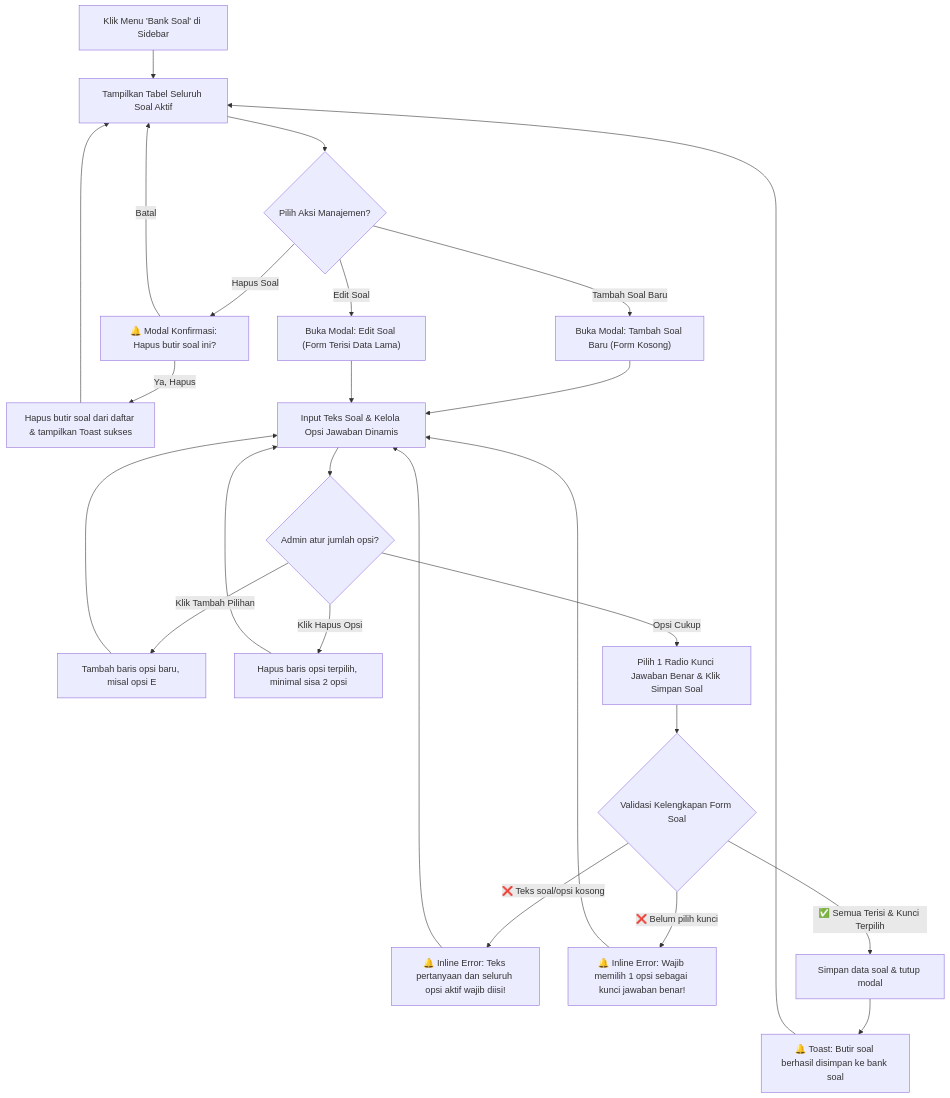
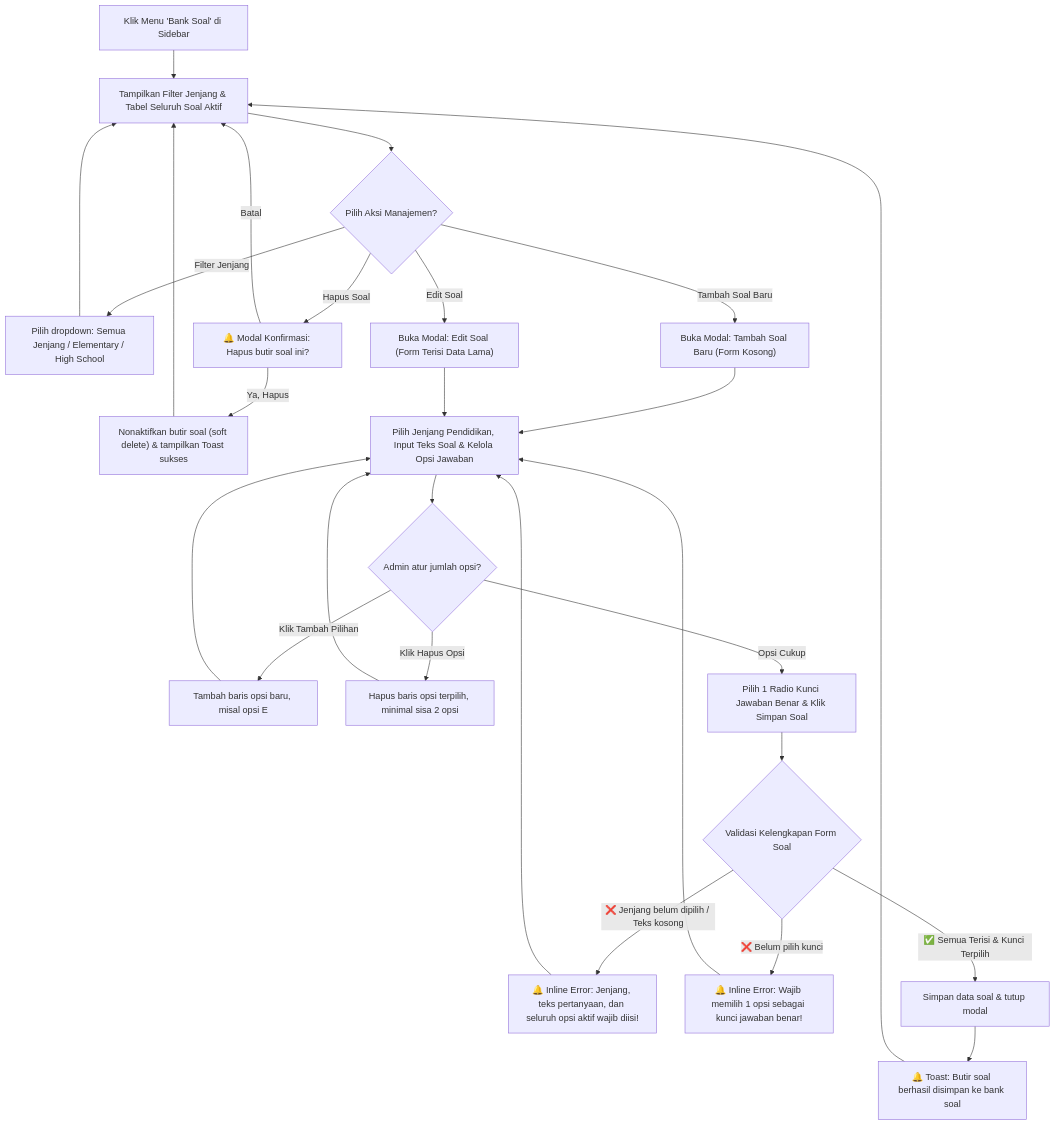
Before and after one commit to septianof/up-speaking: the sixth of 8 diagrams in UI_FLOW.md, drawn with Mermaid. The commit also changed other lines of this file and 3 other files, not shown here.

Commit message:
docs(specs): perbarui prd, ui-flow, task-breakdown, dan product.md untuk kebutuhan jenjang dan matrix level

````diff
--- a/UI_FLOW.md
+++ b/UI_FLOW.md
@@ -284,34 +298,37 @@
 ```mermaid
 flowchart TD
-    A["Klik Menu 'Bank Soal' di Sidebar"] --> B["Tampilkan Tabel Seluruh Soal Aktif"]
+    A["Klik Menu 'Bank Soal' di Sidebar"] --> B["Tampilkan Filter Jenjang & Tabel Seluruh Soal Aktif"]
 
     B --> C{"Pilih Aksi Manajemen?"}
+
+    C -->|Filter Jenjang| C1["Pilih dropdown: Semua Jenjang / Elementary / High School"]
+    C1 --> B
 
     C -->|Tambah Soal Baru| D["Buka Modal: Tambah Soal Baru (Form Kosong)"]
     C -->|Edit Soal| E["Buka Modal: Edit Soal (Form Terisi Data Lama)"]
     C -->|Hapus Soal| F["🔔 Modal Konfirmasi: Hapus butir soal ini?"]
 
     F -->|Batal| B
-    F -->|Ya, Hapus| G["Hapus butir soal dari daftar & tampilkan Toast sukses"]
+    F -->|Ya, Hapus| G["Nonaktifkan butir soal (soft delete) & tampilkan Toast sukses"]
     G --> B
 
-    D --> H["Input Teks Soal & Kelola Opsi Jawaban Dinamis"]
+    D --> H["Pilih Jenjang Pendidikan, Input Teks Soal & Kelola Opsi Jawaban"]
     E --> H
 
     H --> H1{"Admin atur jumlah opsi?"}
     H1 -->|Klik Tambah Pilihan| H2["Tambah baris opsi baru, misal opsi E"]
     H2 --> H
     H1 -->|Klik Hapus Opsi| H3["Hapus baris opsi terpilih, minimal sisa 2 opsi"]
     H3 --> H
     H1 -->|Opsi Cukup| I["Pilih 1 Radio Kunci Jawaban Benar & Klik Simpan Soal"]
 
     I --> J{"Validasi Kelengkapan Form Soal"}
-    J -->|❌ Teks soal/opsi kosong| K["🔔 Inline Error: Teks pertanyaan dan seluruh opsi aktif wajib diisi!"]
+    J -->|❌ Jenjang belum dipilih / Teks kosong| K["🔔 Inline Error: Jenjang, teks pertanyaan, dan seluruh opsi aktif wajib diisi!"]
     K --> H
     J -->|❌ Belum pilih kunci| L["🔔 Inline Error: Wajib memilih 1 opsi sebagai kunci jawaban benar!"]
     L --> H
 
     J -->|✅ Semua Terisi & Kunci Terpilih| M["Simpan data soal & tutup modal"]
     M --> N["🔔 Toast: Butir soal berhasil disimpan ke bank soal"]
     N --> B
 ```
````
